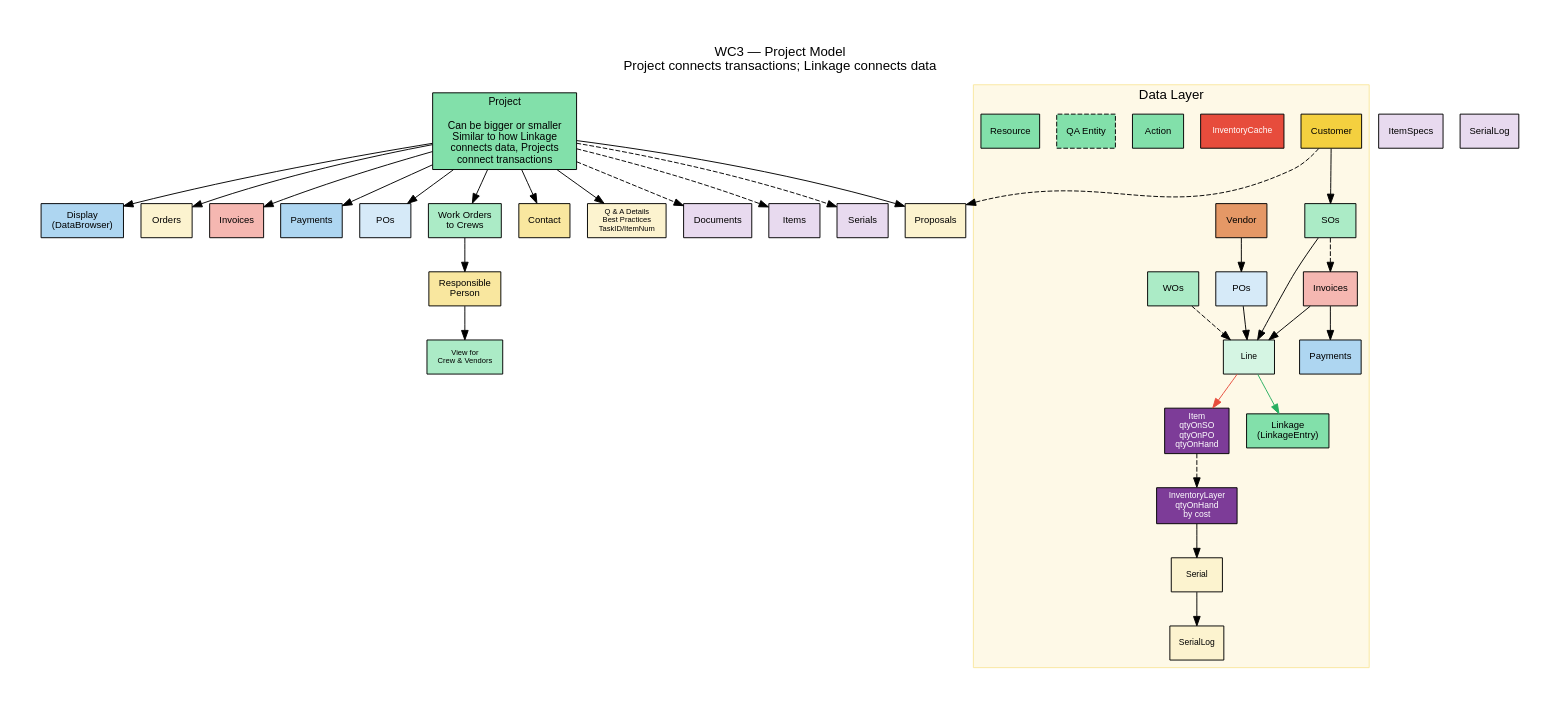
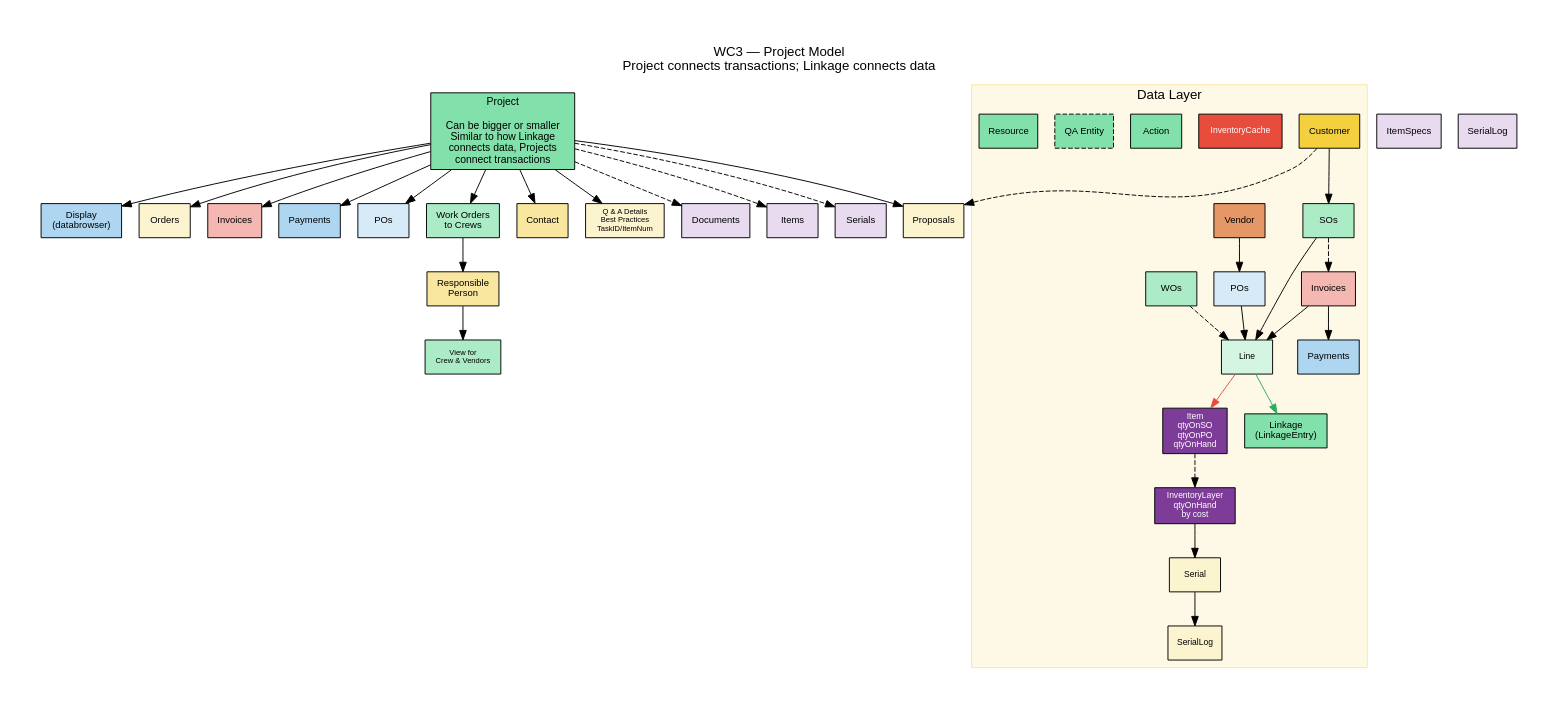
Before and after one commit to JPods/WebClerk: the diagram in readmes/flowcharts/wc3-project.dot, drawn with Graphviz. The commit also changed 383 other files, not shown here.

```diff
--- a/readmes/flowcharts/wc3-project.dot
+++ b/readmes/flowcharts/wc3-project.dot
@@ -1,104 +1,104 @@
 // WC3 Project — from wc2 Project diagram
 // Project connects transactions; Linkage connects data
 // Render: dot -Tpdf wc3-project.dot -o wc3-project.pdf
 
 digraph wc3_project {
     rankdir=TB
     fontname="Helvetica"
     fontsize=11
     node [fontname="Helvetica" fontsize=10 style=filled]
     edge [fontname="Helvetica" fontsize=8]
     label="WC3 — Project Model\nProject connects transactions; Linkage connects data"
     labelloc=t
     fontsize=14
     pad=0.5
 
     // Project hub
     project [label="Project\n\nCan be bigger or smaller\nSimilar to how Linkage\nconnects data, Projects\nconnect transactions" shape=box fillcolor="#82E0AA" fontsize=11]
 
     // Display
-    display [label="Display\n(DataBrowser)" shape=box fillcolor="#AED6F1"]
+    display [label="Display\n(databrowser)" shape=box fillcolor="#AED6F1"]
 
     // Transaction models referenced by Project
     proposals [label="Proposals" shape=box fillcolor="#FCF3CF"]
     orders [label="Orders" shape=box fillcolor="#FCF3CF"]
     invoices [label="Invoices" shape=box fillcolor="#F5B7B1"]
     payments [label="Payments" shape=box fillcolor="#AED6F1"]
     purchases [label="POs" shape=box fillcolor="#D6EAF8"]
     workorders [label="Work Orders\nto Crews" shape=box fillcolor="#ABEBC6"]
 
     // Support models
     contact [label="Contact" shape=box fillcolor="#F9E79F"]
     responsible [label="Responsible\nPerson" shape=box fillcolor="#F9E79F"]
     qa [label="Q & A Details\nBest Practices\nTaskID/ItemNum" shape=box fillcolor="#FCF3CF" fontsize=8]
 
     // Related records
     documents [label="Documents" shape=box fillcolor="#E8DAEF"]
     items [label="Items" shape=box fillcolor="#E8DAEF"]
     itemspecs [label="ItemSpecs" shape=box fillcolor="#E8DAEF"]
     serials [label="Serials" shape=box fillcolor="#E8DAEF"]
     serial_log [label="SerialLog" shape=box fillcolor="#E8DAEF"]
 
     // Crew/Vendor view
     crew_view [label="View for\nCrew & Vendors" shape=box fillcolor="#ABEBC6" fontsize=8]
 
     // Lower section — data model
     subgraph cluster_data {
         label="Data Layer"
         style=filled fillcolor="#FEF9E7" color="#F9E79F"
 
         customer [label="Customer" shape=box fillcolor="#F4D03F"]
         vendor [label="Vendor" shape=box fillcolor="#E59866"]
         sos [label="SOs" shape=box fillcolor="#ABEBC6"]
         pos [label="POs" shape=box fillcolor="#D6EAF8"]
         inv [label="Invoices" shape=box fillcolor="#F5B7B1"]
         wo [label="WOs" shape=box fillcolor="#ABEBC6"]
         pay [label="Payments" shape=box fillcolor="#AED6F1"]
 
         line [label="Line" shape=box fillcolor="#D5F5E3" fontsize=9]
         item [label="Item\nqtyOnSO\nqtyOnPO\nqtyOnHand" shape=box fillcolor="#7D3C98" fontcolor=white fontsize=9]
         inv_cache [label="InventoryCache" shape=box fillcolor="#E74C3C" fontcolor=white fontsize=9]
         inv_layer [label="InventoryLayer\nqtyOnHand\nby cost" shape=box fillcolor="#7D3C98" fontcolor=white fontsize=9]
         serial_rec [label="Serial" shape=box fillcolor="#FCF3CF" fontsize=9]
         serial_act [label="SerialLog" shape=box fillcolor="#FCF3CF" fontsize=9]
 
         linkage [label="Linkage\n(LinkageEntry)" shape=box fillcolor="#82E0AA"]
         action [label="Action" shape=box fillcolor="#82E0AA"]
         qa_ent [label="QA Entity" shape=box fillcolor="#82E0AA" style="filled,dashed"]
         resource [label="Resource" shape=box fillcolor="#82E0AA"]
     }
 
     // Project connections
     project -> display
     project -> proposals
     project -> orders
     project -> invoices
     project -> payments
     project -> purchases
     project -> workorders
     project -> qa
     project -> contact
     workorders -> responsible
     responsible -> crew_view
 
     // Related records (right side)
     project -> documents [style=dashed]
     project -> items [style=dashed]
     project -> serials [style=dashed]
 
     // Data layer connections
     customer -> sos
     customer -> proposals [style=dashed]
     vendor -> pos
     sos -> line
     pos -> line
     inv -> line
     sos -> inv [style=dashed]
     wo -> line [style=dashed]
     inv -> pay
     line -> item [color="#E74C3C"]
     line -> linkage [color="#27AE60"]
     item -> inv_layer [style=dashed]
     inv_layer -> serial_rec
     serial_rec -> serial_act
 }
```
